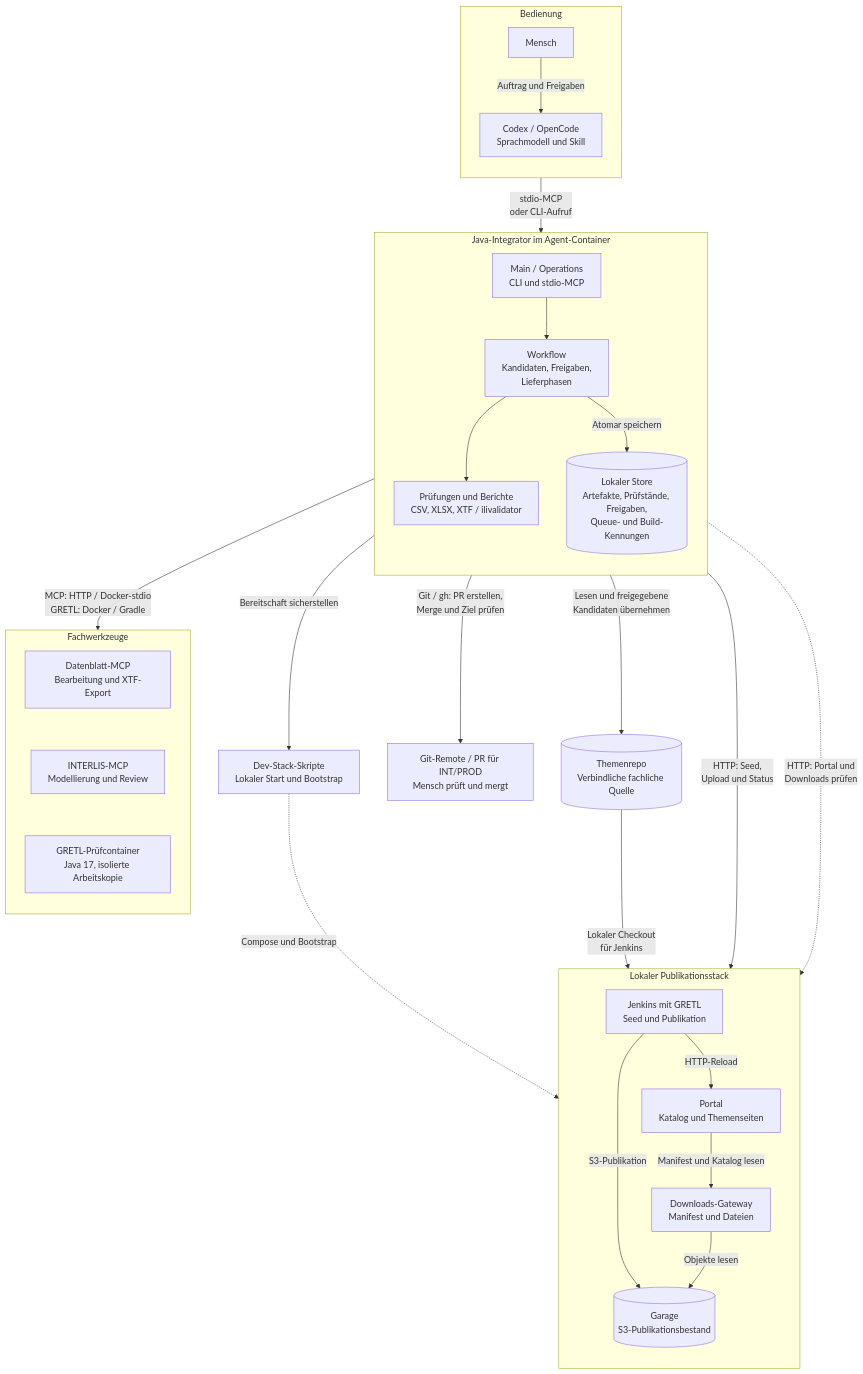
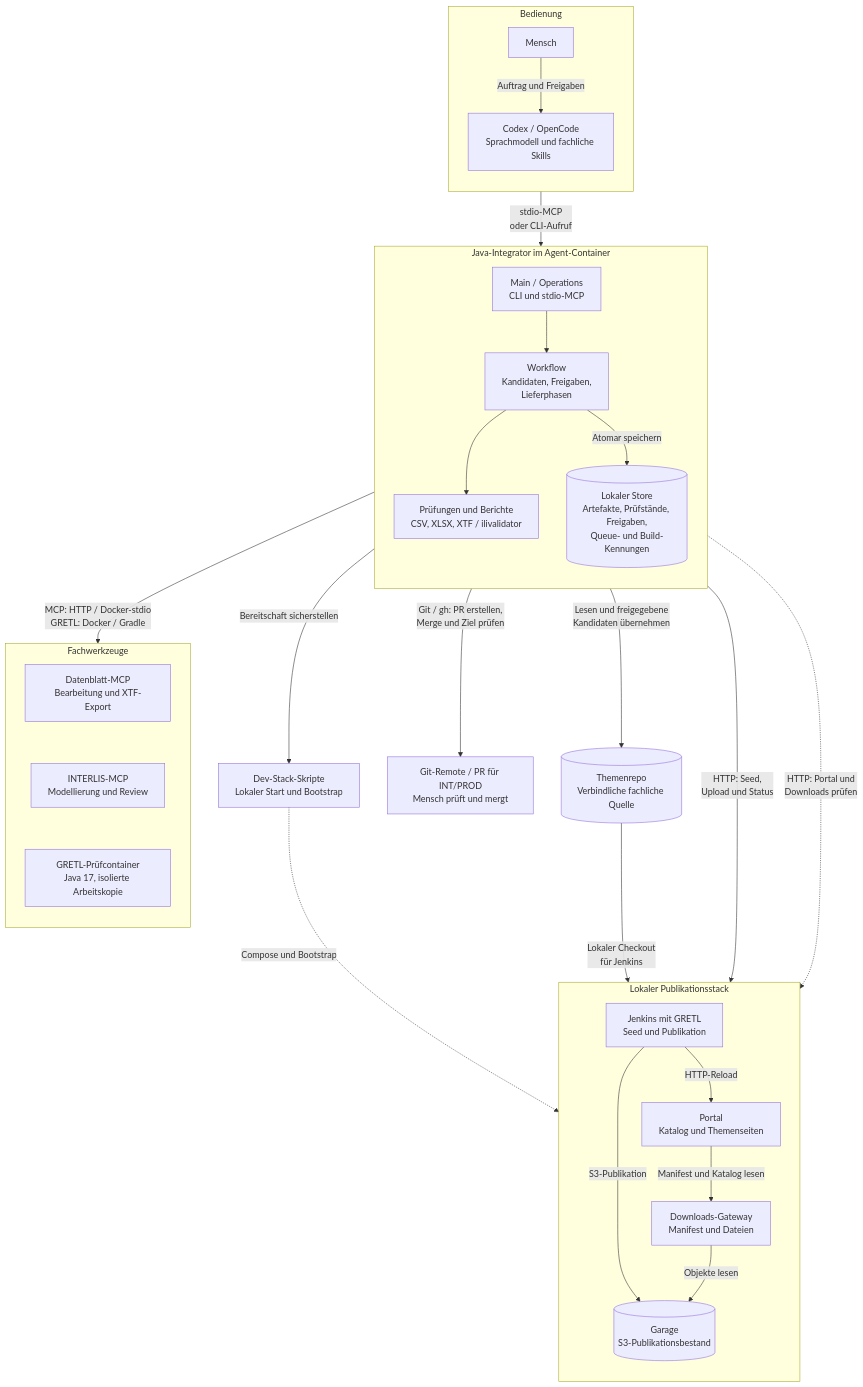
The first of 2 diagrams in docs/entwicklerhandbuch.md (edigonzales/datenportal-themenintegrator-agent), drawn with Mermaid before and after one commit. The commit also changed other lines of this file and 19 other files, not shown here.

````diff
--- a/docs/entwicklerhandbuch.md
+++ b/docs/entwicklerhandbuch.md
@@ -212,54 +212,54 @@
 ```mermaid
 flowchart TB
     subgraph bedienung[Bedienung]
         direction TB
         mensch["Mensch"]
-        agent["Codex / OpenCode<br/>Sprachmodell und Skill"]
+        agent["Codex / OpenCode<br/>Sprachmodell und fachliche Skills"]
         mensch -->|Auftrag und Freigaben| agent
     end
 
     subgraph kern[Java-Integrator im Agent-Container]
         direction TB
         eingang["Main / Operations<br/>CLI und stdio-MCP"]
         workflow["Workflow<br/>Kandidaten, Freigaben,<br/>Lieferphasen"]
         pruefung["Prüfungen und Berichte<br/>CSV, XLSX, XTF / ilivalidator"]
         state[("Lokaler Store<br/>Artefakte, Prüfstände, Freigaben,<br/>Queue- und Build-Kennungen")]
         eingang --> workflow
         workflow --> pruefung
         workflow -->|Atomar speichern| state
     end
 
     subgraph werkzeuge[Fachwerkzeuge]
         direction TB
         datenblatt["Datenblatt-MCP<br/>Bearbeitung und XTF-Export"]
         interlis["INTERLIS-MCP<br/>Modellierung und Review"]
         gretl["GRETL-Prüfcontainer<br/>Java 17, isolierte Arbeitskopie"]
         datenblatt ~~~ interlis ~~~ gretl
     end
 
     repo[("Themenrepo<br/>Verbindliche fachliche Quelle")]
     git["Git-Remote / PR für INT/PROD<br/>Mensch prüft und mergt"]
     start["Dev-Stack-Skripte<br/>Lokaler Start und Bootstrap"]
 
     subgraph stack[Lokaler Publikationsstack]
         direction TB
         jenkins["Jenkins mit GRETL<br/>Seed und Publikation"]
         garage[("Garage<br/>S3-Publikationsbestand")]
         downloads["Downloads-Gateway<br/>Manifest und Dateien"]
         portal["Portal<br/>Katalog und Themenseiten"]
         jenkins -->|S3-Publikation| garage
         jenkins -->|HTTP-Reload| portal
         downloads -->|Objekte lesen| garage
         portal -->|Manifest und Katalog lesen| downloads
     end
 
     agent -->|stdio-MCP<br/>oder CLI-Aufruf| kern
     kern -->|MCP: HTTP / Docker-stdio<br/>GRETL: Docker / Gradle| werkzeuge
     kern -->|Lesen und freigegebene<br/>Kandidaten übernehmen| repo
     kern -->|Git / gh: PR erstellen,<br/>Merge und Ziel prüfen| git
     kern -->|Bereitschaft sicherstellen| start
     start -.->|Compose und Bootstrap| stack
     repo -->|Lokaler Checkout<br/>für Jenkins| stack
     kern -->|HTTP: Seed,<br/>Upload und Status| stack
     kern -.->|HTTP: Portal und<br/>Downloads prüfen| stack
 ```
````
